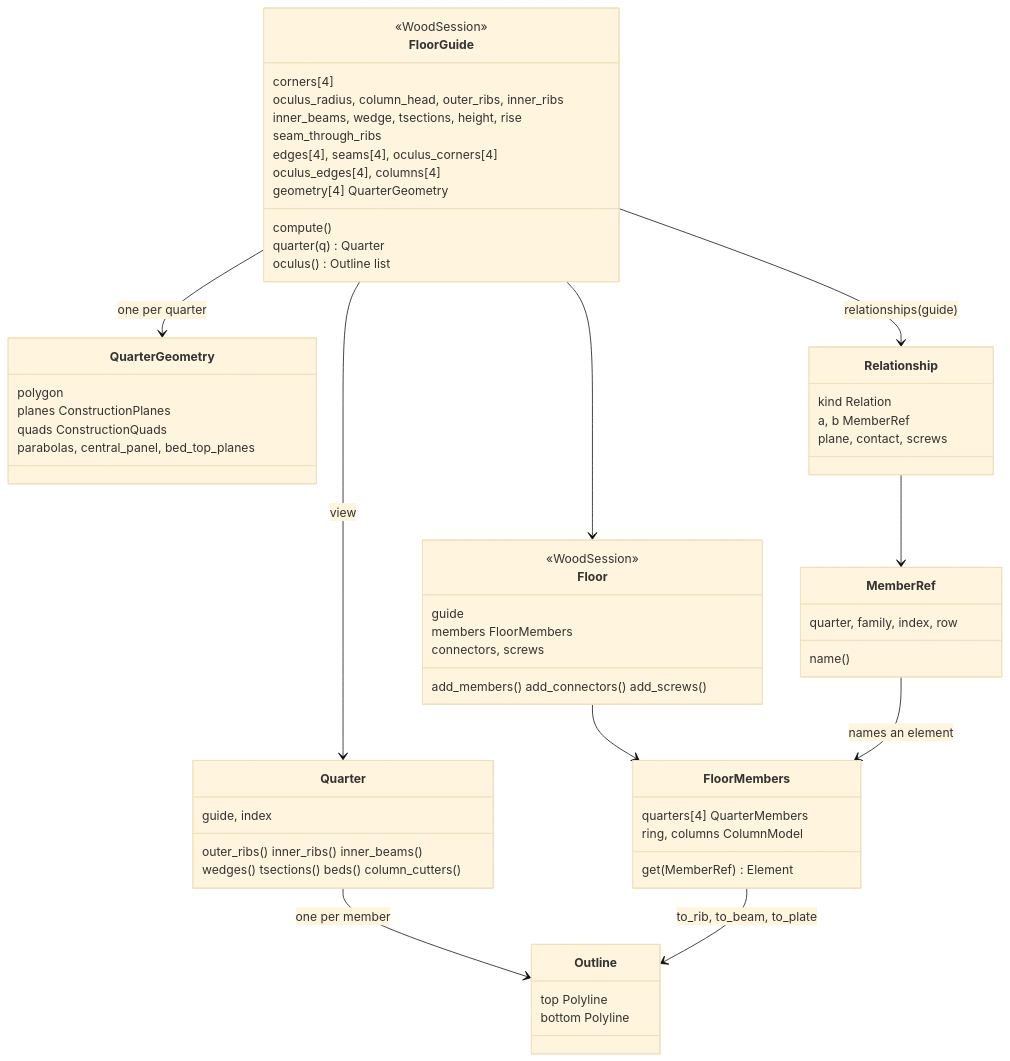
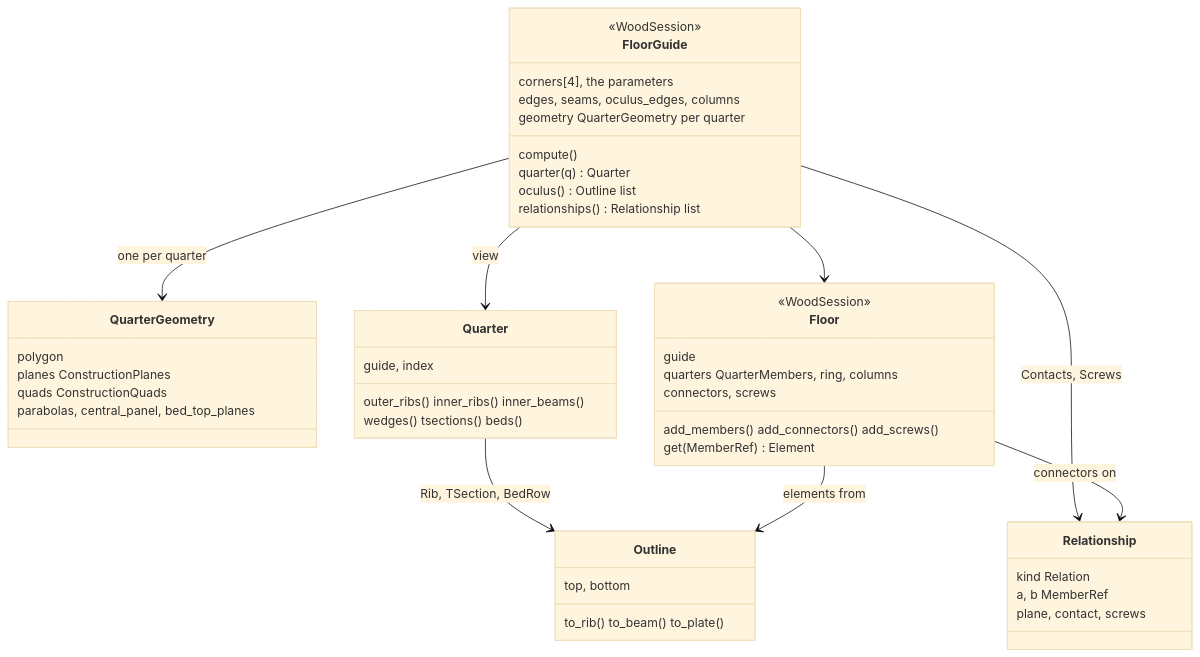
The diagram in docs/templates/floor.md (petrasvestartas/wood), drawn with Mermaid (base theme) before and after one commit. The commit also changed other lines of this file and 22 other files, not shown here.

First line of the commit message:
wood: floor docs open with a vocabulary, one picture per class of floor.h

````diff
--- a/docs/templates/floor.md
+++ b/docs/templates/floor.md
@@ -37,62 +38,49 @@
 ```mermaid
 classDiagram
     direction TB
     class FloorGuide {
         <<WoodSession>>
-        corners[4]
-        oculus_radius, column_head, outer_ribs, inner_ribs
-        inner_beams, wedge, tsections, height, rise
-        seam_through_ribs
-        edges[4], seams[4], oculus_corners[4]
-        oculus_edges[4], columns[4]
-        geometry[4] QuarterGeometry
+        corners[4], the parameters
+        edges, seams, oculus_edges, columns
+        geometry QuarterGeometry per quarter
         compute()
         quarter(q) Quarter
         oculus() Outline list
+        relationships() Relationship list
     }
     class QuarterGeometry {
         polygon
         planes ConstructionPlanes
         quads ConstructionQuads
         parabolas, central_panel, bed_top_planes
     }
     class Quarter {
         guide, index
         outer_ribs() inner_ribs() inner_beams()
-        wedges() tsections() beds() column_cutters()
+        wedges() tsections() beds()
     }
     class Outline {
-        top Polyline
-        bottom Polyline
-    }
-    class Floor {
-        <<WoodSession>>
-        guide
-        members FloorMembers
-        connectors, screws
-        add_members() add_connectors() add_screws()
-    }
-    class FloorMembers {
-        quarters[4] QuarterMembers
-        ring, columns ColumnModel
-        get(MemberRef) Element
+        top, bottom
+        to_rib() to_beam() to_plate()
     }
     class Relationship {
         kind Relation
         a, b MemberRef
         plane, contact, screws
     }
-    class MemberRef {
-        quarter, family, index, row
-        name()
+    class Floor {
+        <<WoodSession>>
+        guide
+        quarters QuarterMembers, ring, columns
+        connectors, screws
+        add_members() add_connectors() add_screws()
+        get(MemberRef) Element
     }
     FloorGuide --> QuarterGeometry : one per quarter
     FloorGuide --> Quarter : view
-    Quarter --> Outline : one per member
+    Quarter --> Outline : Rib, TSection, BedRow
+    FloorGuide --> Relationship : Contacts, Screws
     FloorGuide --> Floor
-    Floor --> FloorMembers
-    FloorMembers --> Outline : to_rib, to_beam, to_plate
-    FloorGuide --> Relationship : relationships(guide)
-    Relationship --> MemberRef
-    MemberRef --> FloorMembers : names an element
+    Floor --> Outline : elements from
+    Floor --> Relationship : connectors on
 ```
````
